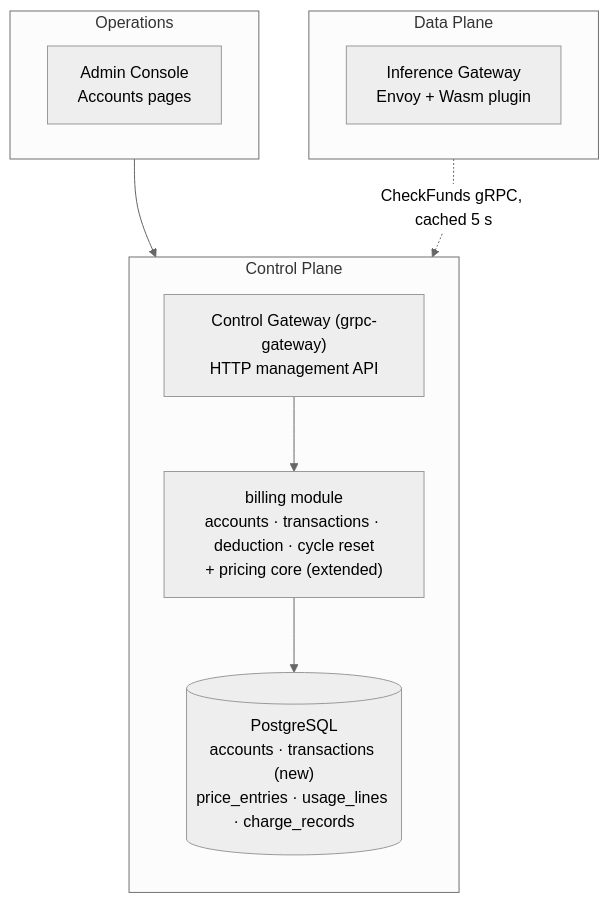
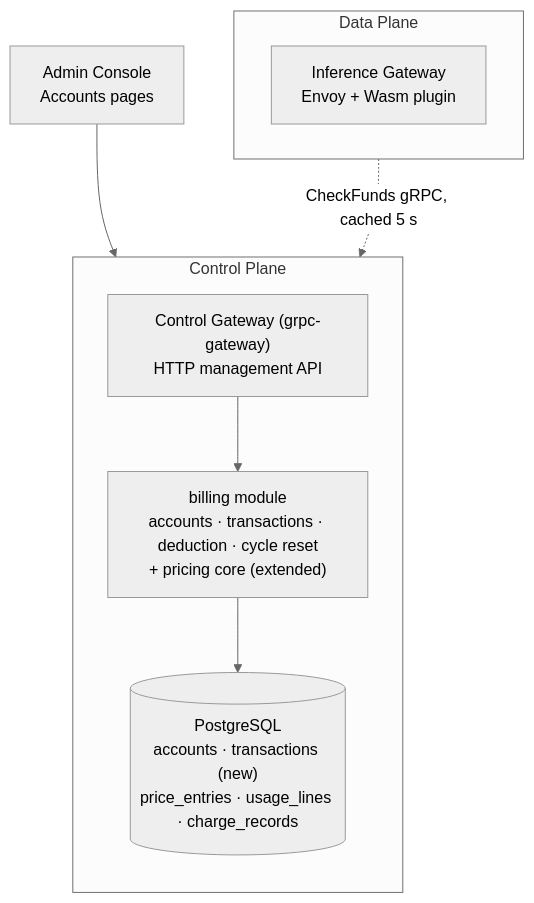
One commit to dhyabi2/go-taas changed the first of 5 diagrams in docs/architecture/balance-quota.md. Above: the diagram before and after it, drawn with Mermaid (neutral theme). The commit also changed other lines of this file, not shown here.

Commit message:
docs(architecture): compress balance-quota doc under 300 lines

````diff
--- a/docs/architecture/balance-quota.md
+++ b/docs/architecture/balance-quota.md
@@ -42,21 +41,18 @@
 ```mermaid
 flowchart TD
     subgraph dp["Data Plane"]
         direction LR
         DGW["Inference Gateway<br/>Envoy + Wasm plugin"]
     end
     subgraph cp["Control Plane"]
         direction TB
         CGW["Control Gateway (grpc-gateway)<br/>HTTP management API"]
         BILL["billing module<br/>accounts · transactions · deduction · cycle reset<br/>+ pricing core (extended)"]
         PG[("PostgreSQL<br/>accounts · transactions (new)<br/>price_entries · usage_lines · charge_records")]
         CGW --> BILL
         BILL --> PG
     end
-    subgraph ops["Operations"]
-        direction LR
-        ADMIN["Admin Console<br/>Accounts pages"]
-    end
+    ADMIN["Admin Console<br/>Accounts pages"]
     DGW -.->|CheckFunds gRPC, cached 5 s| BILL
     ADMIN --> CGW
 ```
````
